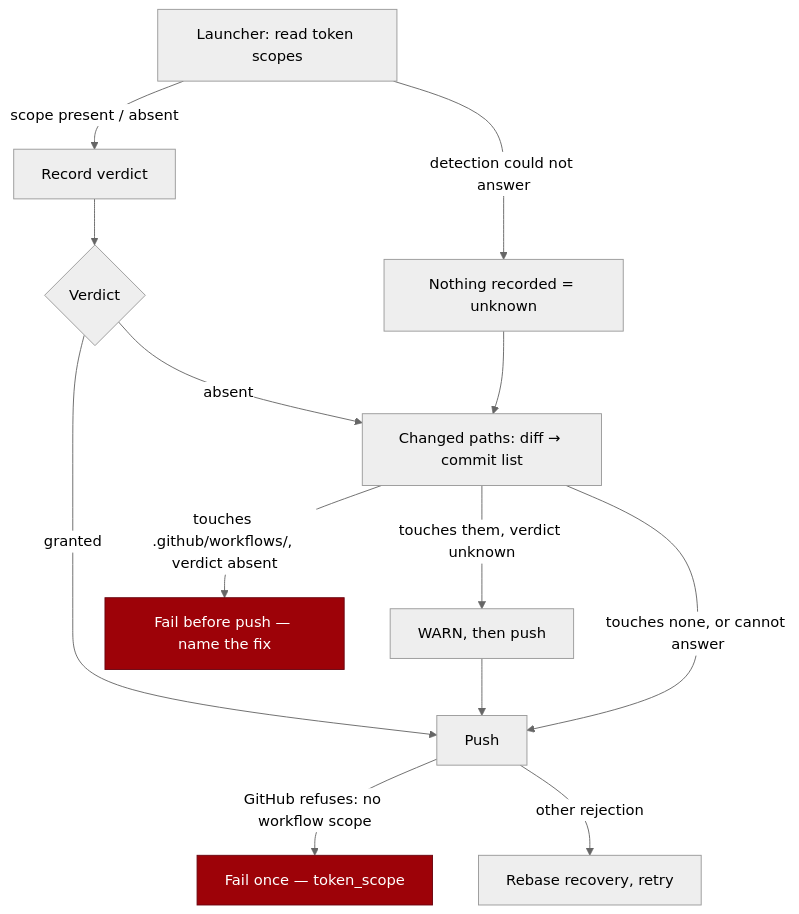
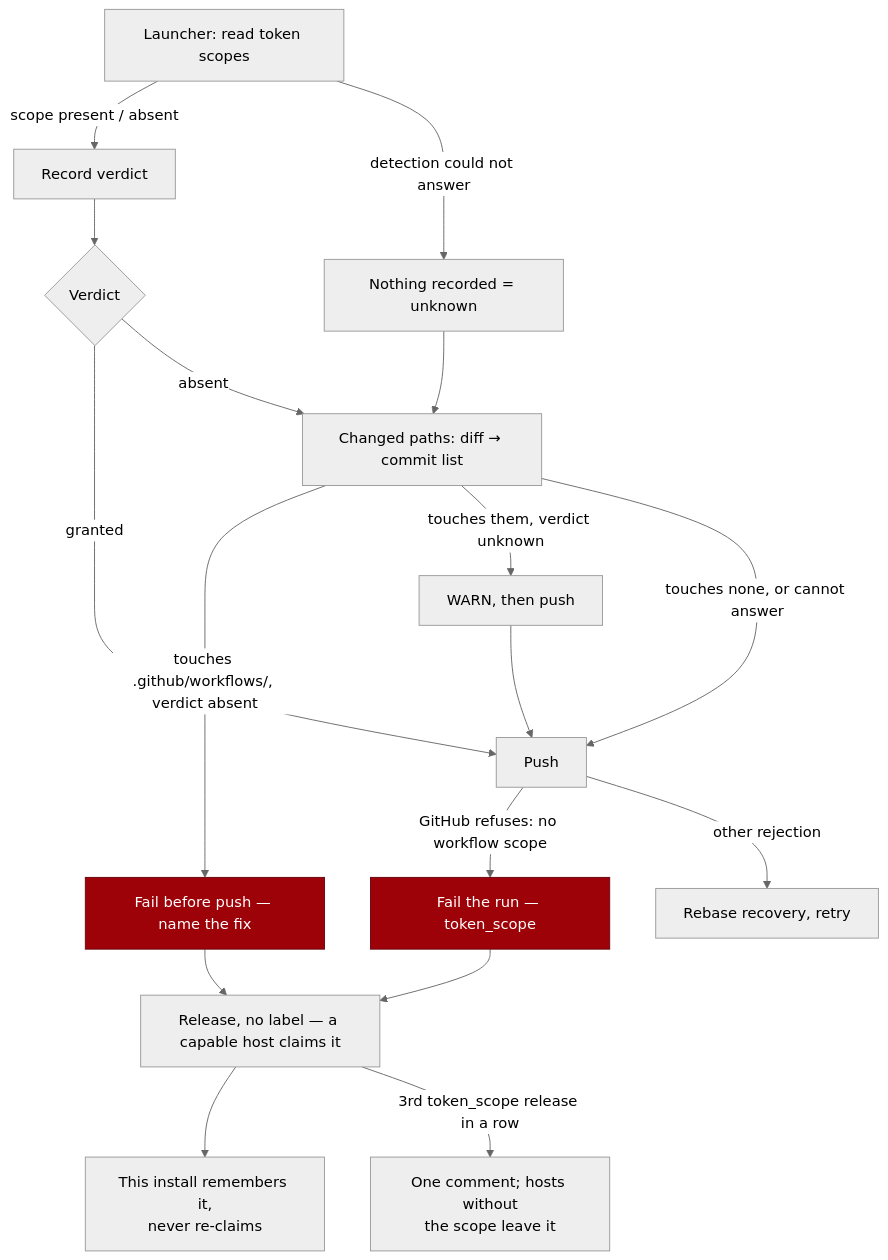
One commit to stSoftwareAU/VibeCoder changed the second of 2 diagrams in docs/SETUP.md. Above: the diagram before and after it, drawn with Mermaid (neutral theme). The commit also changed other lines of this file and 17 other files, not shown here.

First line of the commit message:
A token-scope push failure marks the issue failed and needs-human instead of leaving it to a host that can push it (Issue #2689) (#2696)

````diff
--- a/docs/SETUP.md
+++ b/docs/SETUP.md
@@ -1514,16 +1536,20 @@
 ```mermaid
 flowchart TD
     S["Launcher: read token scopes"] -->|scope present / absent| R["Record verdict"]
     S -->|detection could not answer| U["Nothing recorded = unknown"]
     R --> C{"Verdict"}
     U --> D
     C -->|granted| P["Push"]
     C -->|absent| D["Changed paths: diff → commit list"]
     D -->|touches .github/workflows/, verdict absent| F["Fail before push — name the fix"]
     D -->|touches them, verdict unknown| WARN["WARN, then push"] --> P
     D -->|touches none, or cannot answer| P
-    P -->|GitHub refuses: no workflow scope| F2["Fail once — token_scope"]
+    P -->|GitHub refuses: no workflow scope| F2["Fail the run — token_scope"]
+    F --> REL["Release, no label — a capable host claims it"]
+    F2 --> REL
+    REL --> MEM["This install remembers it,<br/>never re-claims"]
+    REL -->|3rd token_scope release in a row| PARK["One comment; hosts without<br/>the scope leave it"]
     P -->|other rejection| RC["Rebase recovery, retry"]
     style F fill:#9d0208,stroke:#6a040f,color:#fff
     style F2 fill:#9d0208,stroke:#6a040f,color:#fff
 ```
````
